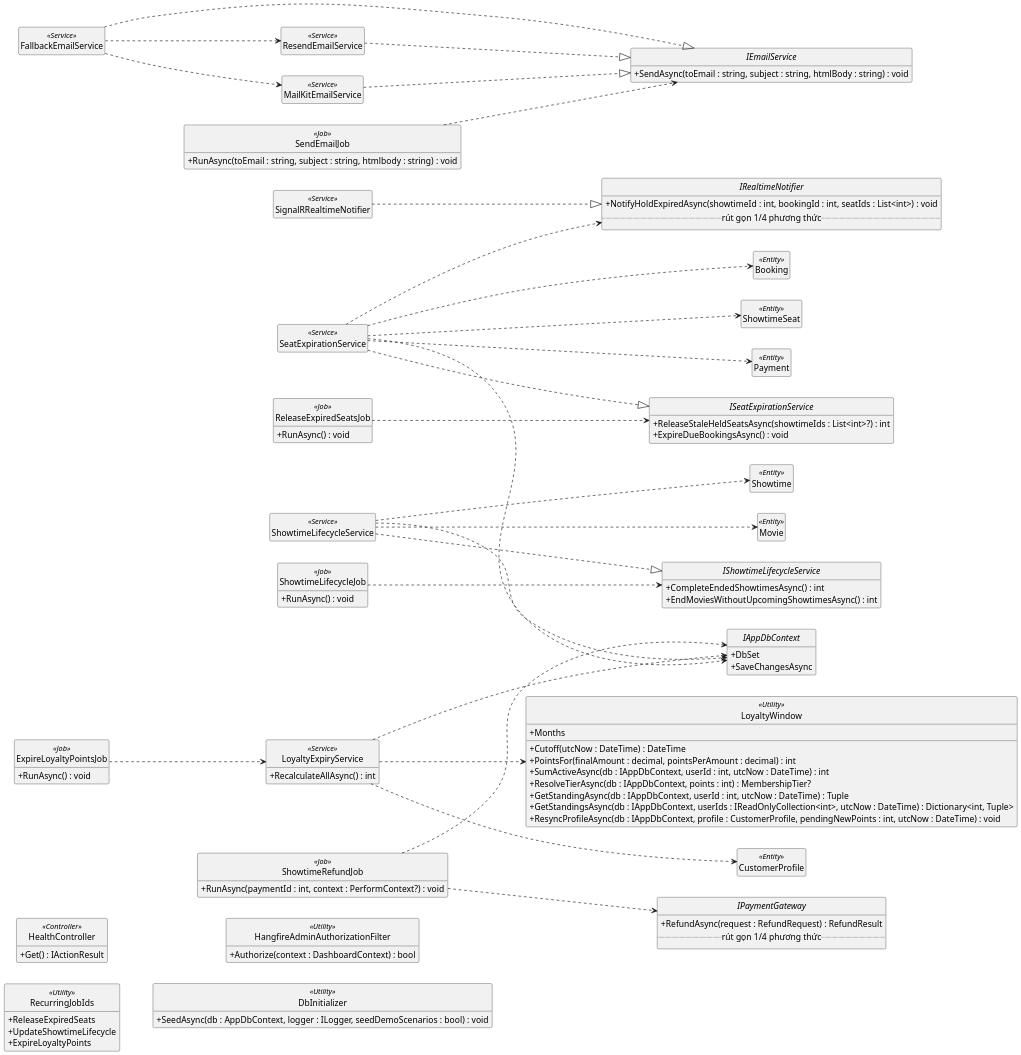
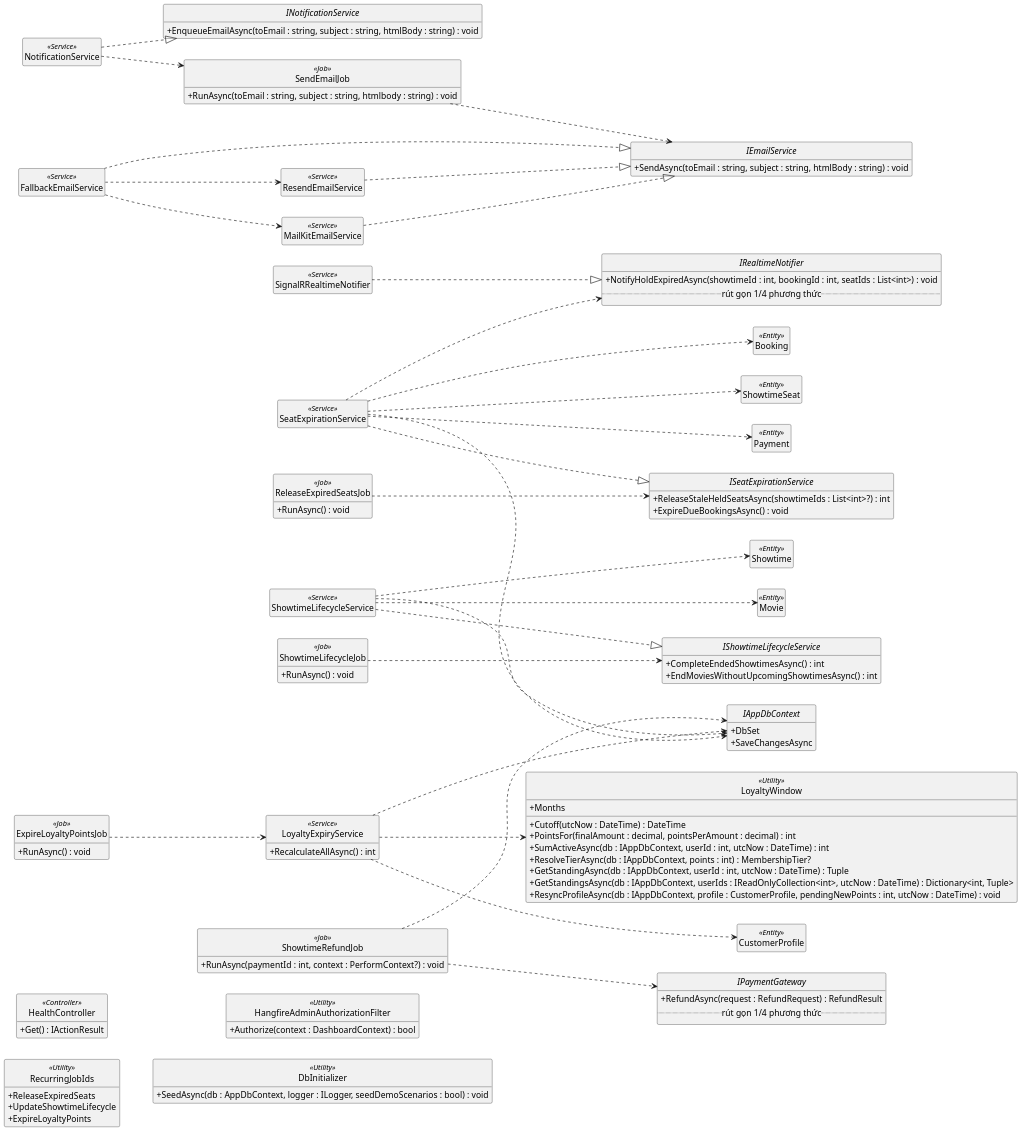
The diagram in docs/so-do/plantuml/hinh-4-25.puml (nguyenhiennnnn/cinema-v2), drawn with PlantUML before and after one commit. The commit also changed 24 other files, not shown here.

```diff
--- a/docs/so-do/plantuml/hinh-4-25.puml
+++ b/docs/so-do/plantuml/hinh-4-25.puml
@@ -1,114 +1,146 @@
 @startuml
 skinparam monochrome true
 skinparam shadowing false
 skinparam defaultFontName "Times New Roman"
 skinparam classAttributeIconSize 0
 skinparam dpi 150
 skinparam nodesep 35
 skinparam ranksep 55
 left to right direction
 hide circle
 hide empty members
+
 class HealthController <<Controller>> {
   +Get() : IActionResult
 }
+
 interface ISeatExpirationService {
   +ReleaseStaleHeldSeatsAsync(showtimeIds : List<int>?) : int
   +ExpireDueBookingsAsync() : void
 }
+
 interface IShowtimeLifecycleService {
   +CompleteEndedShowtimesAsync() : int
   +EndMoviesWithoutUpcomingShowtimesAsync() : int
 }
+
 interface IRealtimeNotifier {
   +NotifyHoldExpiredAsync(showtimeId : int, bookingId : int, seatIds : List<int>) : void
   .. rút gọn 1/4 phương thức ..
 }
+
+interface INotificationService {
+  +EnqueueEmailAsync(toEmail : string, subject : string, htmlBody : string) : void
+}
+
 interface IEmailService {
   +SendAsync(toEmail : string, subject : string, htmlBody : string) : void
 }
+
 interface IPaymentGateway {
   +RefundAsync(request : RefundRequest) : RefundResult
   .. rút gọn 1/4 phương thức ..
 }
+
 class SeatExpirationService <<Service>>
 class ShowtimeLifecycleService <<Service>>
+class NotificationService <<Service>>
 class SignalRRealtimeNotifier <<Service>>
 class FallbackEmailService <<Service>>
 class ResendEmailService <<Service>>
 class MailKitEmailService <<Service>>
+
 class LoyaltyExpiryService <<Service>> {
   +RecalculateAllAsync() : int
 }
+
 class ReleaseExpiredSeatsJob <<Job>> {
   +RunAsync() : void
 }
+
 class ShowtimeLifecycleJob <<Job>> {
   +RunAsync() : void
 }
+
 class ExpireLoyaltyPointsJob <<Job>> {
   +RunAsync() : void
 }
+
 class SendEmailJob <<Job>> {
   +RunAsync(toEmail : string, subject : string, htmlbody : string) : void
 }
+
 class ShowtimeRefundJob <<Job>> {
   +RunAsync(paymentId : int, context : PerformContext?) : void
 }
+
 class RecurringJobIds <<Utility>> {
   +ReleaseExpiredSeats
   +UpdateShowtimeLifecycle
   +ExpireLoyaltyPoints
 }
+
 class LoyaltyWindow <<Utility>> {
   +Months
   +Cutoff(utcNow : DateTime) : DateTime
   +PointsFor(finalAmount : decimal, pointsPerAmount : decimal) : int
   +SumActiveAsync(db : IAppDbContext, userId : int, utcNow : DateTime) : int
   +ResolveTierAsync(db : IAppDbContext, points : int) : MembershipTier?
   +GetStandingAsync(db : IAppDbContext, userId : int, utcNow : DateTime) : Tuple
   +GetStandingsAsync(db : IAppDbContext, userIds : IReadOnlyCollection<int>, utcNow : DateTime) : Dictionary<int, Tuple>
   +ResyncProfileAsync(db : IAppDbContext, profile : CustomerProfile, pendingNewPoints : int, utcNow : DateTime) : void
 }
+
 class HangfireAdminAuthorizationFilter <<Utility>> {
   +Authorize(context : DashboardContext) : bool
 }
+
 class DbInitializer <<Utility>> {
   +SeedAsync(db : AppDbContext, logger : ILogger, seedDemoScenarios : bool) : void
 }
+
 interface IAppDbContext {
   +DbSet
   +SaveChangesAsync
 }
+
 class Booking <<Entity>>
 class ShowtimeSeat <<Entity>>
 class Payment <<Entity>>
 class Showtime <<Entity>>
 class Movie <<Entity>>
 class CustomerProfile <<Entity>>
+
 ReleaseExpiredSeatsJob ..> ISeatExpirationService
 ShowtimeLifecycleJob ..> IShowtimeLifecycleService
 ExpireLoyaltyPointsJob ..> LoyaltyExpiryService
+
 SeatExpirationService ..|> ISeatExpirationService
 ShowtimeLifecycleService ..|> IShowtimeLifecycleService
+NotificationService ..|> INotificationService
 SignalRRealtimeNotifier ..|> IRealtimeNotifier
 FallbackEmailService ..|> IEmailService
 ResendEmailService ..|> IEmailService
 MailKitEmailService ..|> IEmailService
+
+NotificationService ..> SendEmailJob
 SeatExpirationService ..> IRealtimeNotifier
 LoyaltyExpiryService ..> LoyaltyWindow
 SendEmailJob ..> IEmailService
+
 FallbackEmailService ..> ResendEmailService
 FallbackEmailService ..> MailKitEmailService
+
 ShowtimeRefundJob ..> IPaymentGateway
 ShowtimeLifecycleService ..> Showtime
 ShowtimeLifecycleService ..> Movie
 SeatExpirationService ..> Booking
 SeatExpirationService ..> ShowtimeSeat
 SeatExpirationService ..> Payment
 LoyaltyExpiryService ..> CustomerProfile
+
 SeatExpirationService ..> IAppDbContext
 LoyaltyExpiryService ..> IAppDbContext
 ShowtimeLifecycleService ..> IAppDbContext
 ShowtimeRefundJob ..> IAppDbContext
 @enduml
```
